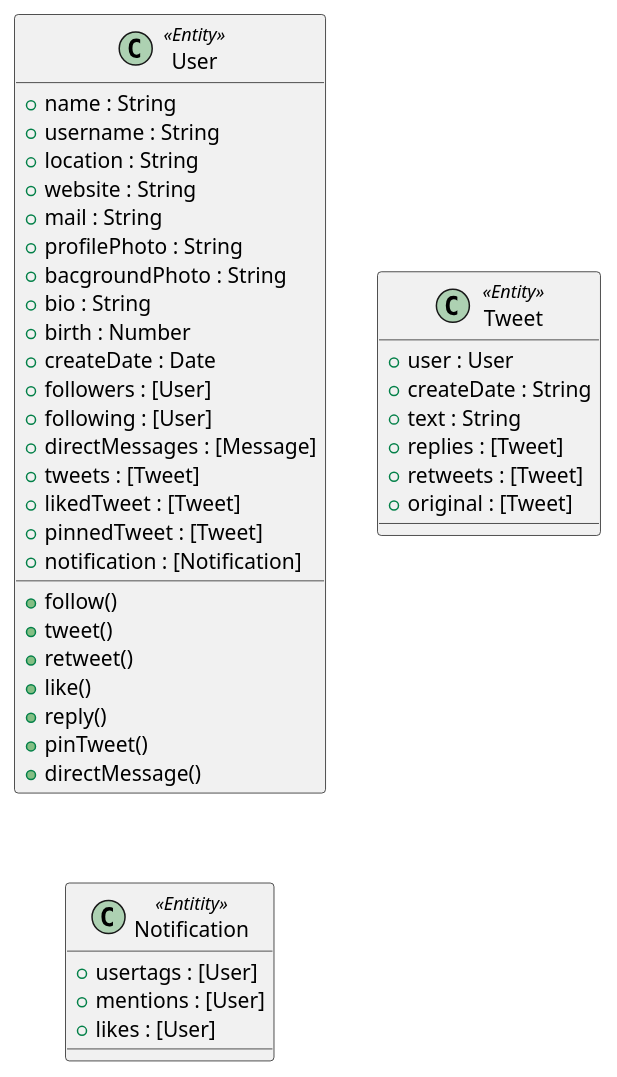
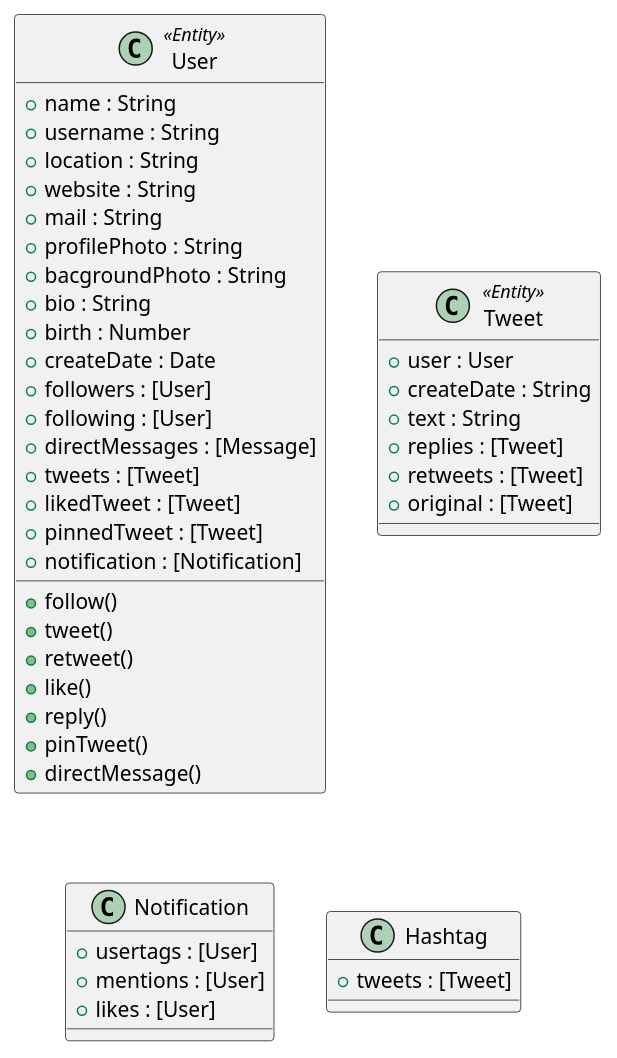
One commit to veyselusta/twitter changed the diagram in class-diagram.puml. Above: the diagram before and after it, drawn with PlantUML.

Commit message:
Add Hashtag Class

```diff
--- a/class-diagram.puml
+++ b/class-diagram.puml
@@ -1,49 +1,51 @@
 @startuml "Class Diagram"
 
 class User <<Entity>> {
   + name : String
   + username : String
   + location : String
   + website : String
   + mail : String
   + profilePhoto : String
   + bacgroundPhoto : String
   + bio : String
   + birth : Number
   + createDate : Date
   + followers : [User]
   + following : [User]
   + directMessages : [Message]
   + tweets : [Tweet]
   + likedTweet : [Tweet]
   + pinnedTweet : [Tweet]
   + notification : [Notification]
 
   + follow()
   + tweet()
   + retweet()
   + like()
   + reply()
   + pinTweet()
   + directMessage()
 }
 
 class Tweet <<Entity>> {
   + user : User
   + createDate : String
   + text : String
   + replies : [Tweet]
   + retweets : [Tweet]
   + original : [Tweet]
 }
 
-Class Notification <<Entitity>> {
+Class Notification  {
   + usertags : [User]
   + mentions : [User]
   + likes : [User]
 }
 
-
+class Hashtag {
+  + tweets : [Tweet]
+}
 
 
 @enduml
```
